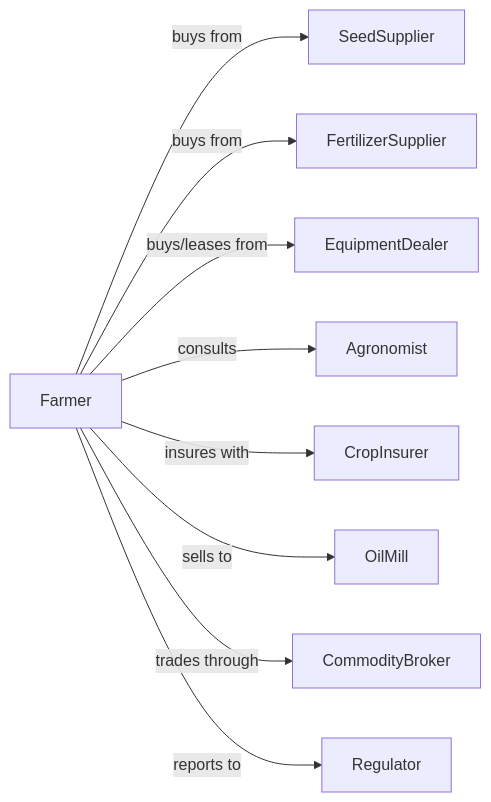
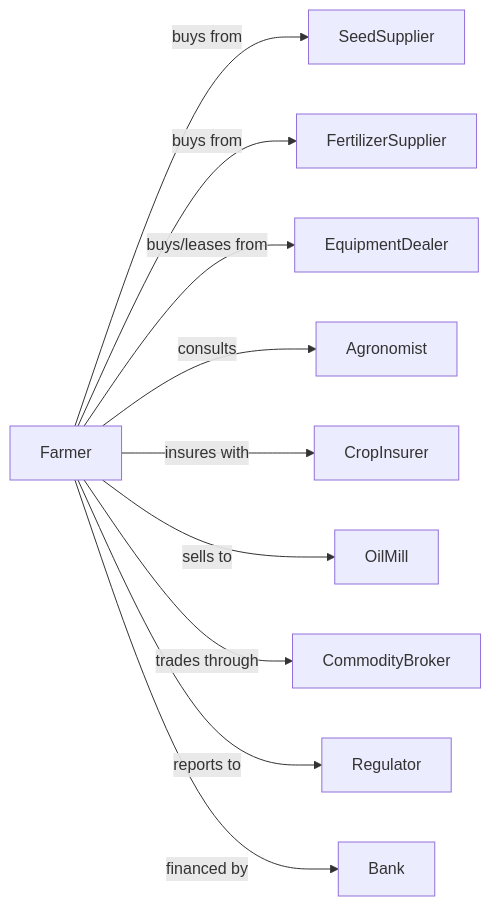
The second of 2 diagrams in Agriculture/CropProduction/OilseedAndGrainFarming/OilseedExceptSoybeanFarming.mdx (dot-org-ai/industries.org.ai), drawn with Mermaid before and after one commit. The commit also changed 588 other files, not shown here.

````diff
--- a/Agriculture/CropProduction/OilseedAndGrainFarming/OilseedExceptSoybeanFarming.mdx
+++ b/Agriculture/CropProduction/OilseedAndGrainFarming/OilseedExceptSoybeanFarming.mdx
@@ -141,13 +141,14 @@
 ```mermaid
 graph LR
     F[Farmer]
 
     F -->|buys from| SeedSupplier
     F -->|buys from| FertilizerSupplier
     F -->|buys/leases from| EquipmentDealer
     F -->|consults| Agronomist
     F -->|insures with| CropInsurer
     F -->|sells to| OilMill
     F -->|trades through| CommodityBroker
     F -->|reports to| Regulator
+    F -->|financed by| Bank
 ```
````
